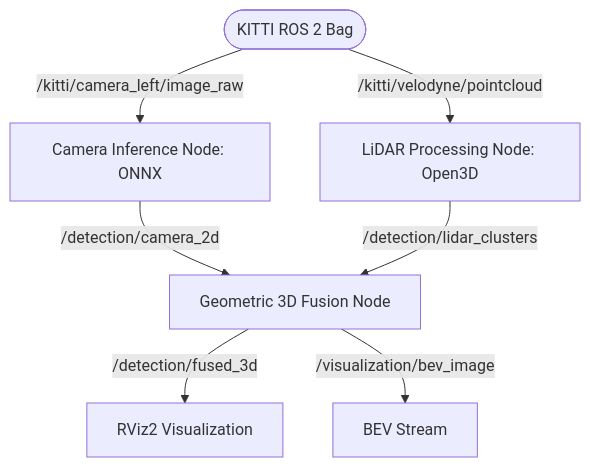
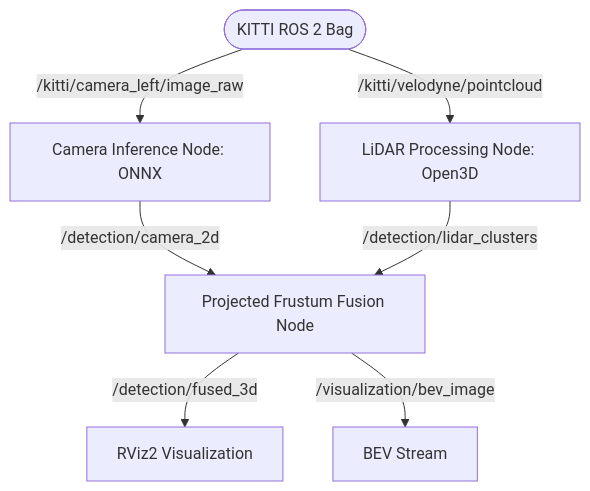
One commit to junge82/3d_perceptron_kitti changed the diagram in README.md. Above: the diagram before and after it, drawn with Mermaid. The commit also changed other lines of this file and 1 other file, not shown here.

````diff
--- a/README.md
+++ b/README.md
@@ -23,11 +23,11 @@
 ```mermaid
 graph TD
     Bag([KITTI ROS 2 Bag]) -->|/kitti/camera_left/image_raw| CamNode[Camera Inference Node: ONNX]
     Bag -->|/kitti/velodyne/pointcloud| LidarNode[LiDAR Processing Node: Open3D]
     
-    CamNode -->|/detection/camera_2d| FusionNode[Geometric 3D Fusion Node]
+    CamNode -->|/detection/camera_2d| FusionNode[Projected Frustum Fusion Node]
     LidarNode -->|/detection/lidar_clusters| FusionNode
     
     FusionNode -->|/detection/fused_3d| RViz[RViz2 Visualization]
     FusionNode -->|/visualization/bev_image| BEV[BEV Stream]
 ```
````
